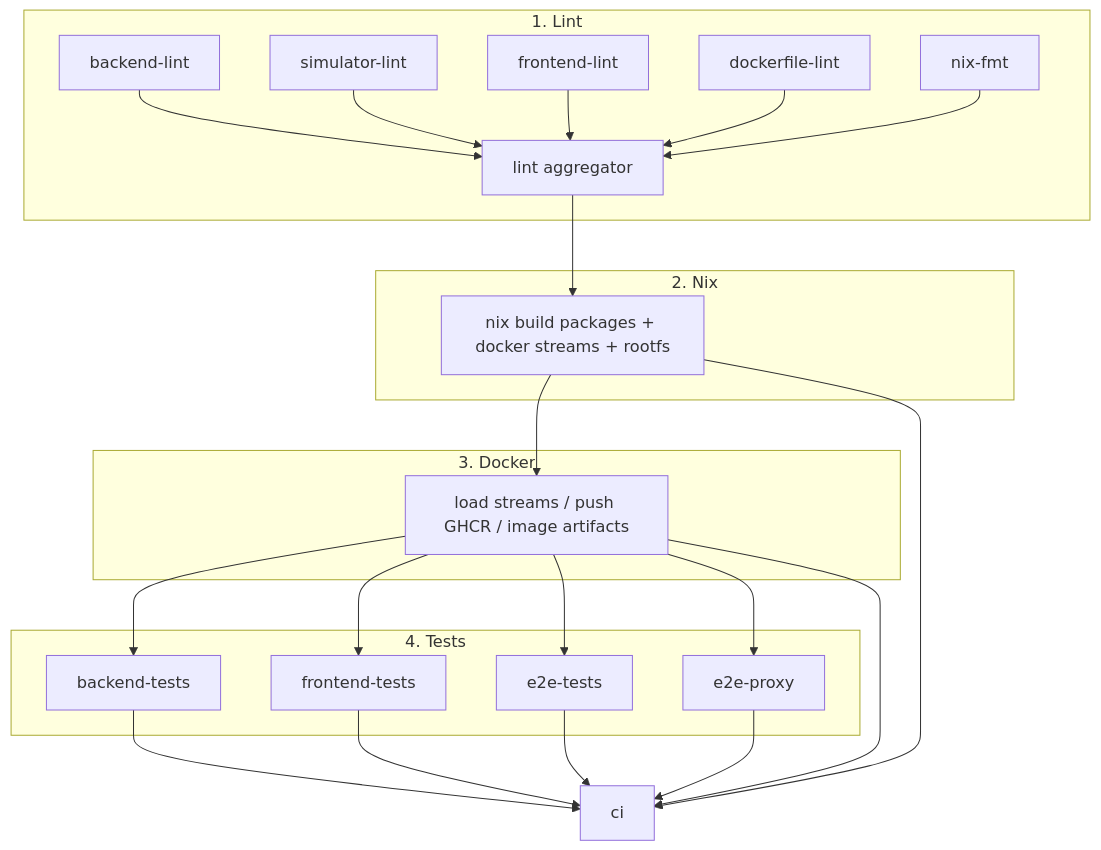
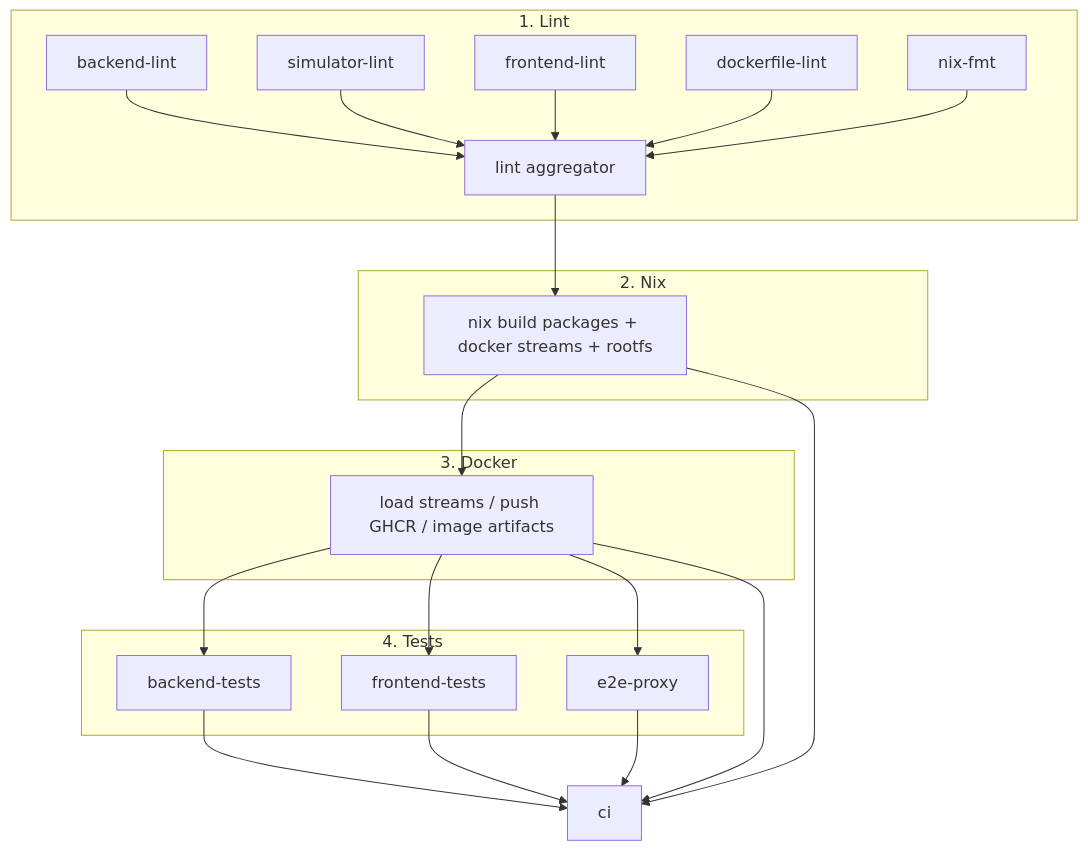
One commit to helpwave/tasks changed the diagram in .github/workflows/README.md. Above: the diagram before and after it, drawn with Mermaid. The commit also changed other lines of this file and 4 other files, not shown here.

````diff
--- a/.github/workflows/README.md
+++ b/.github/workflows/README.md
@@ -5,43 +5,40 @@
 ```mermaid
 flowchart TD
   subgraph lint["1. Lint"]
     BL[backend-lint]
     SL[simulator-lint]
     FE[frontend-lint]
     DL[dockerfile-lint]
     NF[nix-fmt]
     L[lint aggregator]
     BL --> L
     SL --> L
     FE --> L
     DL --> L
     NF --> L
   end
 
   subgraph nix["2. Nix"]
     N[nix build packages + docker streams + rootfs]
   end
 
   subgraph docker["3. Docker"]
     D[load streams / push GHCR / image artifacts]
   end
 
   subgraph tests["4. Tests"]
     BT[backend-tests]
     FT[frontend-tests]
-    E2E[e2e-tests]
     EP[e2e-proxy]
   end
 
   L --> N --> D
   D --> BT
   D --> FT
-  D --> E2E
   D --> EP
   BT --> CI[ci]
   FT --> CI
-  E2E --> CI
   EP --> CI
   N --> CI
   D --> CI
 ```
````
